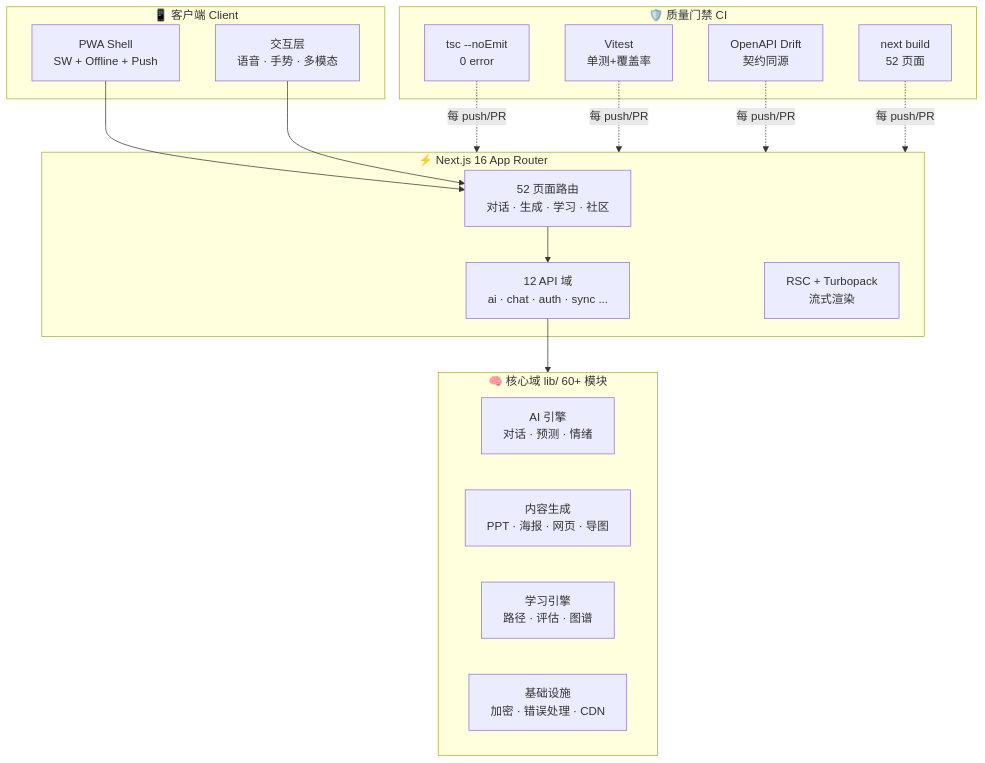
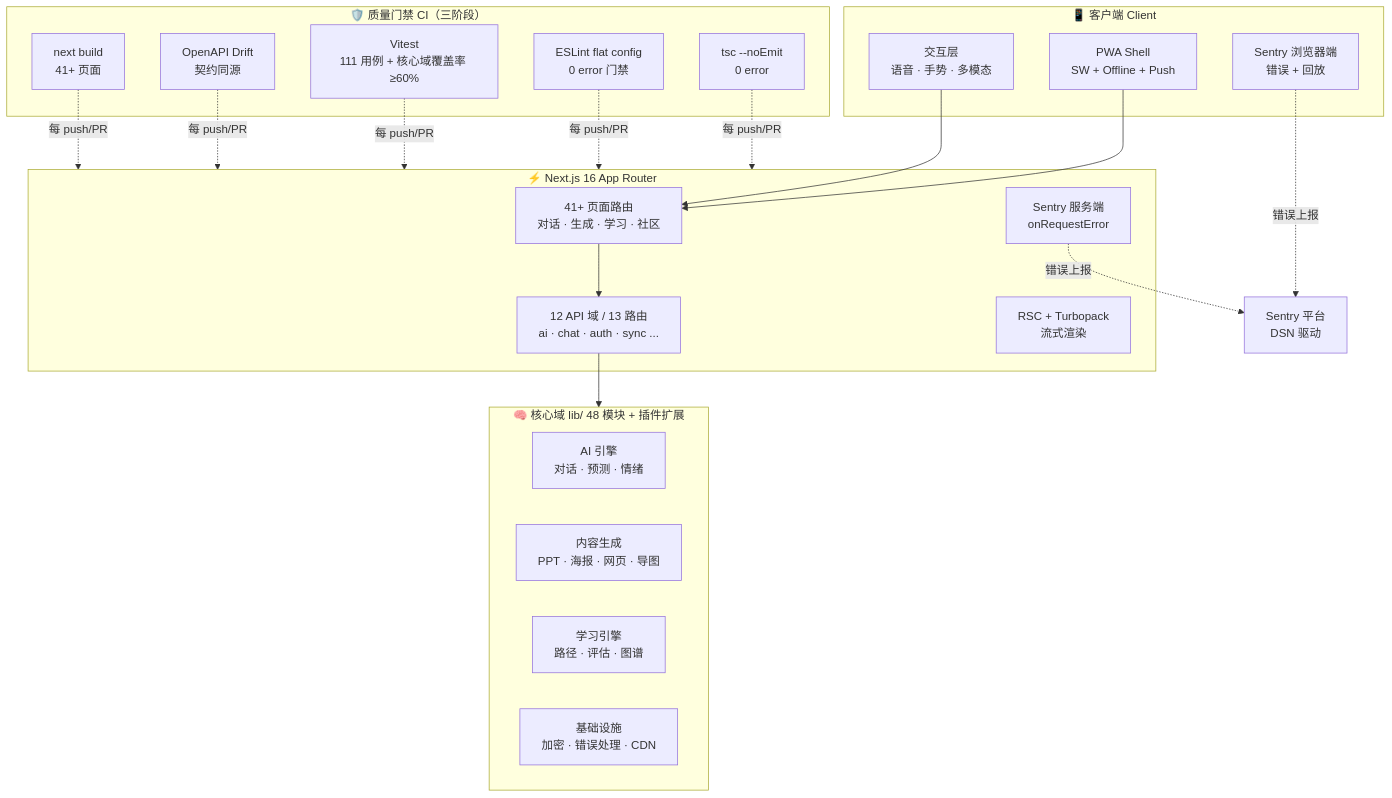
Before and after one commit to YYC-Cube/YYC3-Novamind: the first of 2 diagrams in README.md, drawn with Mermaid. The commit also changed other lines of this file and 3 other files, not shown here.

````diff
--- a/README.md
+++ b/README.md
@@ -62,28 +78,32 @@
 ```mermaid
 graph TB
   subgraph Client["📱 客户端 Client"]
         PWA["PWA Shell<br/>SW + Offline + Push"]
         UI["交互层<br/>语音 · 手势 · 多模态"]
+        SENTRY_C["Sentry 浏览器端<br/>错误 + 回放"]
   end
   subgraph App["⚡ Next.js 16 App Router"]
-        Pages["52 页面路由<br/>对话 · 生成 · 学习 · 社区"]
-        API["12 API 域<br/>ai · chat · auth · sync ..."]
+        Pages["41+ 页面路由<br/>对话 · 生成 · 学习 · 社区"]
+        API["12 API 域 / 13 路由<br/>ai · chat · auth · sync ..."]
         RSC["RSC + Turbopack<br/>流式渲染"]
+        SENTRY_S["Sentry 服务端<br/>onRequestError"]
   end
-  subgraph Core["🧠 核心域 lib/ 60+ 模块"]
+  subgraph Core["🧠 核心域 lib/ 48 模块 + 插件扩展"]
         AI["AI 引擎<br/>对话 · 预测 · 情绪"]
         Gen["内容生成<br/>PPT · 海报 · 网页 · 导图"]
         Learn["学习引擎<br/>路径 · 评估 · 图谱"]
         Infra["基础设施<br/>加密 · 错误处理 · CDN"]
   end
-  subgraph Gate["🛡️ 质量门禁 CI"]
+  subgraph Gate["🛡️ 质量门禁 CI（三阶段）"]
         TS["tsc --noEmit<br/>0 error"]
-        VT["Vitest<br/>单测+覆盖率"]
+        LINT["ESLint flat config<br/>0 error 门禁"]
+        VT["Vitest<br/>111 用例 + 核心域覆盖率 ≥60%"]
         OA["OpenAPI Drift<br/>契约同源"]
-        BL["next build<br/>52 页面"]
+        BL["next build<br/>41+ 页面"]
   end
   PWA & UI --> Pages
   Pages --> API
   API --> Core
-  TS & VT & OA & BL -.->|每 push/PR| App
+  SENTRY_C & SENTRY_S -.->|错误上报| Sentry["Sentry 平台<br/>DSN 驱动"]
+  TS & LINT & VT & OA & BL -.->|每 push/PR| App
 ```
````
